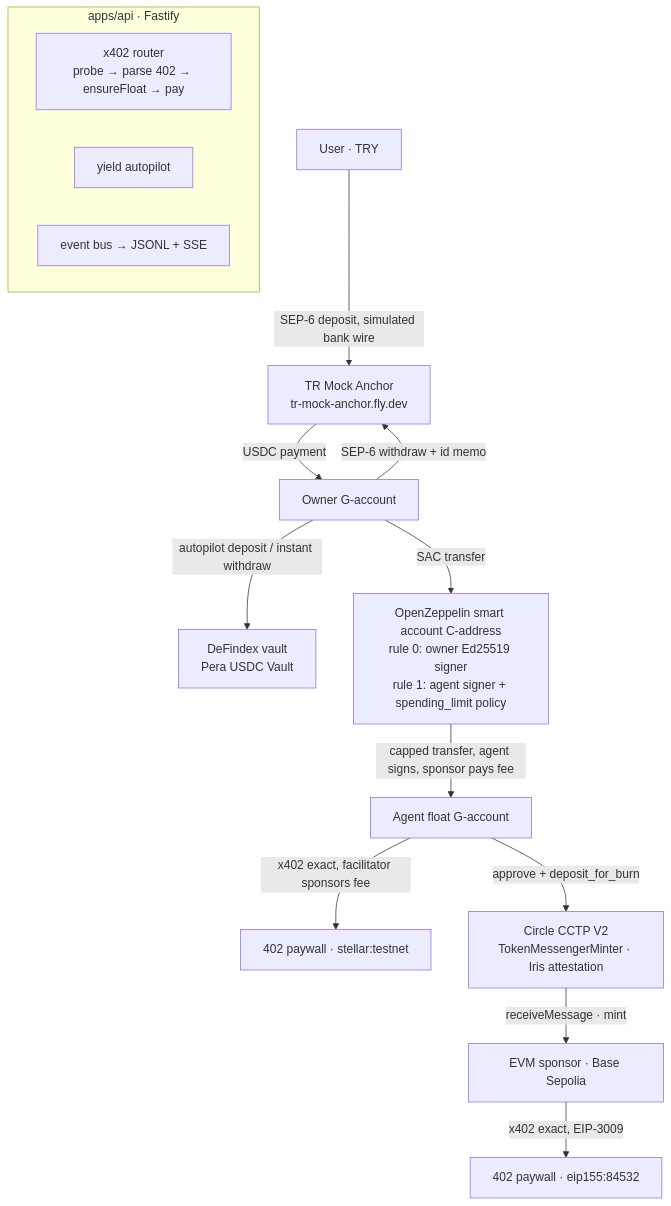
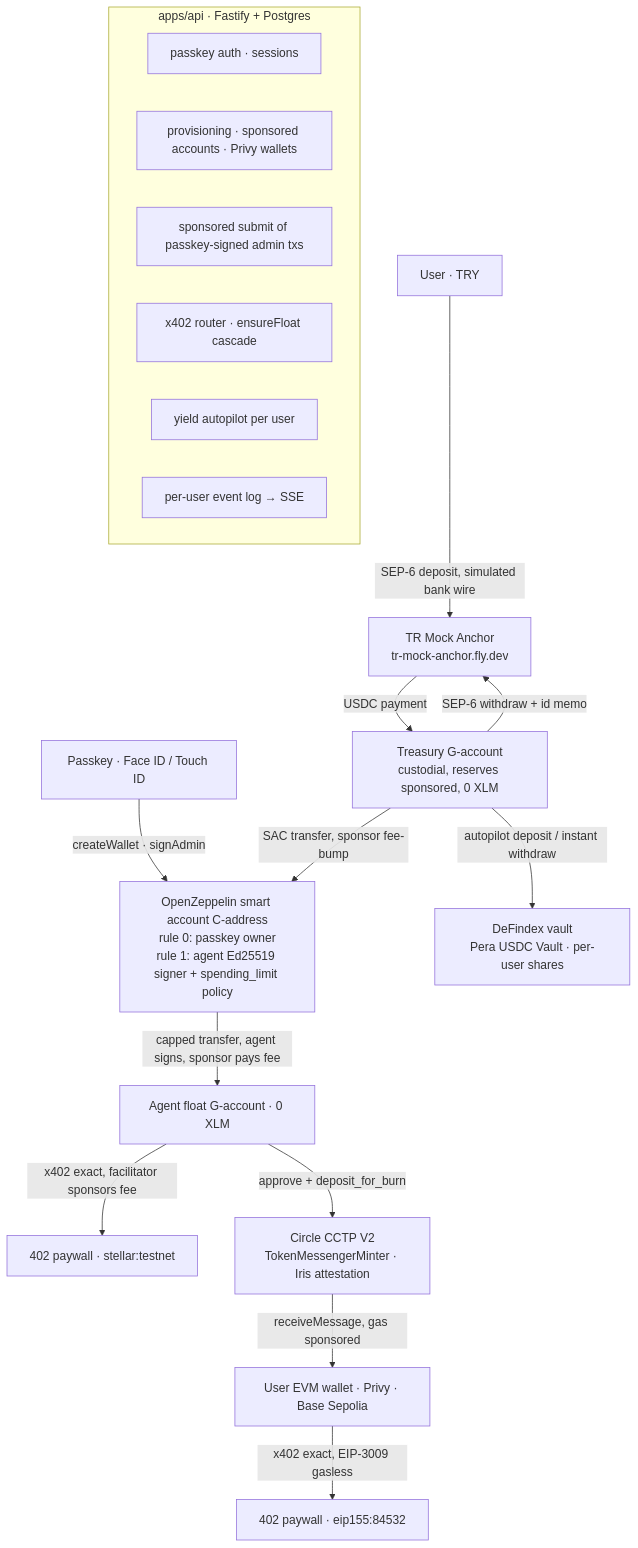
The diagram in README.md (feyyazcigim/pera-wallet), drawn with Mermaid before and after one commit. The commit also changed other lines of this file and 88 other files, not shown here.

Commit message:
feat: multi-user wallet — passkey auth + provisioning, Postgres/PGlite, Privy EVM wallets with gas sponsorship, sponsored Stellar accounts, per-user contexts, reference web client, agent device harness

````diff
--- a/README.md
+++ b/README.md
@@ -41,18 +53,22 @@
 ```mermaid
 flowchart TB
+  PK[Passkey · Face ID / Touch ID] -->|createWallet · signAdmin| S
   U[User · TRY] -->|SEP-6 deposit, simulated bank wire| A[TR Mock Anchor<br/>tr-mock-anchor.fly.dev]
-  A -->|USDC payment| O[Owner G-account]
-  O -->|autopilot deposit / instant withdraw| V[DeFindex vault<br/>Pera USDC Vault]
-  O -->|SAC transfer| S[OpenZeppelin smart account C-address<br/>rule 0: owner Ed25519 signer<br/>rule 1: agent signer + spending_limit policy]
-  S -->|capped transfer, agent signs, sponsor pays fee| F[Agent float G-account]
+  A -->|USDC payment| T[Treasury G-account<br/>custodial, reserves sponsored, 0 XLM]
+  T -->|autopilot deposit / instant withdraw| V[DeFindex vault<br/>Pera USDC Vault · per-user shares]
+  T -->|SAC transfer, sponsor fee-bump| S[OpenZeppelin smart account C-address<br/>rule 0: passkey owner<br/>rule 1: agent Ed25519 signer + spending_limit policy]
+  S -->|capped transfer, agent signs, sponsor pays fee| F[Agent float G-account · 0 XLM]
   F -->|x402 exact, facilitator sponsors fee| P1[402 paywall · stellar:testnet]
   F -->|approve + deposit_for_burn| C[Circle CCTP V2<br/>TokenMessengerMinter · Iris attestation]
-  C -->|receiveMessage · mint| E[EVM sponsor · Base Sepolia]
-  E -->|x402 exact, EIP-3009| P2[402 paywall · eip155:84532]
-  O -->|SEP-6 withdraw + id memo| A
-  subgraph backend [apps/api · Fastify]
-    R[x402 router<br/>probe → parse 402 → ensureFloat → pay]
-    Y[yield autopilot]
-    EV[event bus → JSONL + SSE]
+  C -->|receiveMessage, gas sponsored| E[User EVM wallet · Privy · Base Sepolia]
+  E -->|x402 exact, EIP-3009 gasless| P2[402 paywall · eip155:84532]
+  T -->|SEP-6 withdraw + id memo| A
+  subgraph backend [apps/api · Fastify + Postgres]
+    AU[passkey auth · sessions]
+    PR[provisioning · sponsored accounts · Privy wallets]
+    SU[sponsored submit of passkey-signed admin txs]
+    R[x402 router · ensureFloat cascade]
+    Y[yield autopilot per user]
+    EV[per-user event log → SSE]
   end
 ```
````
